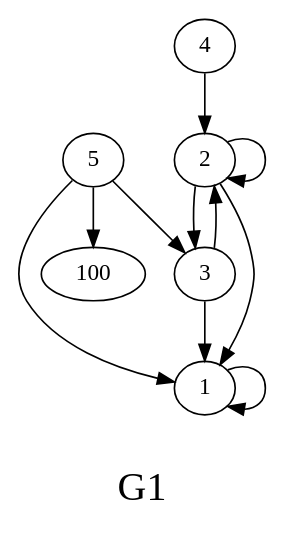
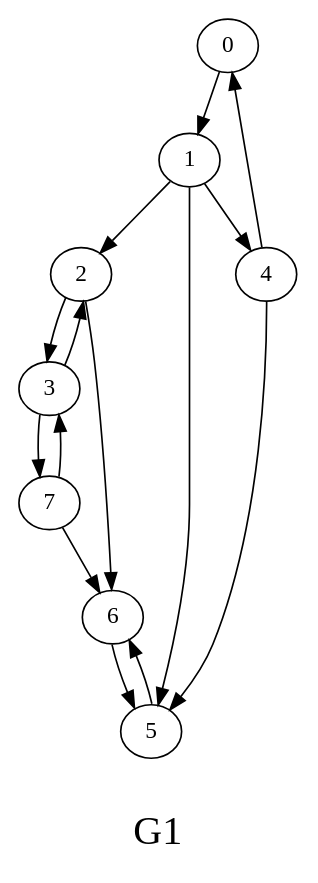
One commit to suribe06/BSc-Thesis changed the diagram in Code/Social Networks/G1.dot. Above: the diagram before and after it, drawn with Graphviz. The commit also changed 7 other files, not shown here.

```diff
--- a/Code/Social Networks/G1.dot
+++ b/Code/Social Networks/G1.dot
@@ -1,25 +1,31 @@
 /*****
 G1
 *****/
 
 digraph G {
   graph [splines=true overlap=false]
   node  [shape=ellipse, width=0.3, height=0.3]
+  0 [label="0"];
   1 [label="1"];
   2 [label="2"];
-  3 [label="3"];
   4 [label="4"];
   5 [label="5"];
-  100 [label="100"];
-  1 -> 1;
-  2 -> 1;
-  2 -> 2;
+  3 [label="3"];
+  6 [label="6"];
+  7 [label="7"];
+  0 -> 1;
+  1 -> 2;
+  1 -> 4;
+  1 -> 5;
   2 -> 3;
-  3 -> 1;
+  2 -> 6;
+  4 -> 0;
+  4 -> 5;
+  5 -> 6;
   3 -> 2;
-  4 -> 2;
-  5 -> 1;
-  5 -> 3;
-  5 -> 100;
+  3 -> 7;
+  6 -> 5;
+  7 -> 3;
+  7 -> 6;
   label = "\nG1\n";  fontsize=24;
 }
```
